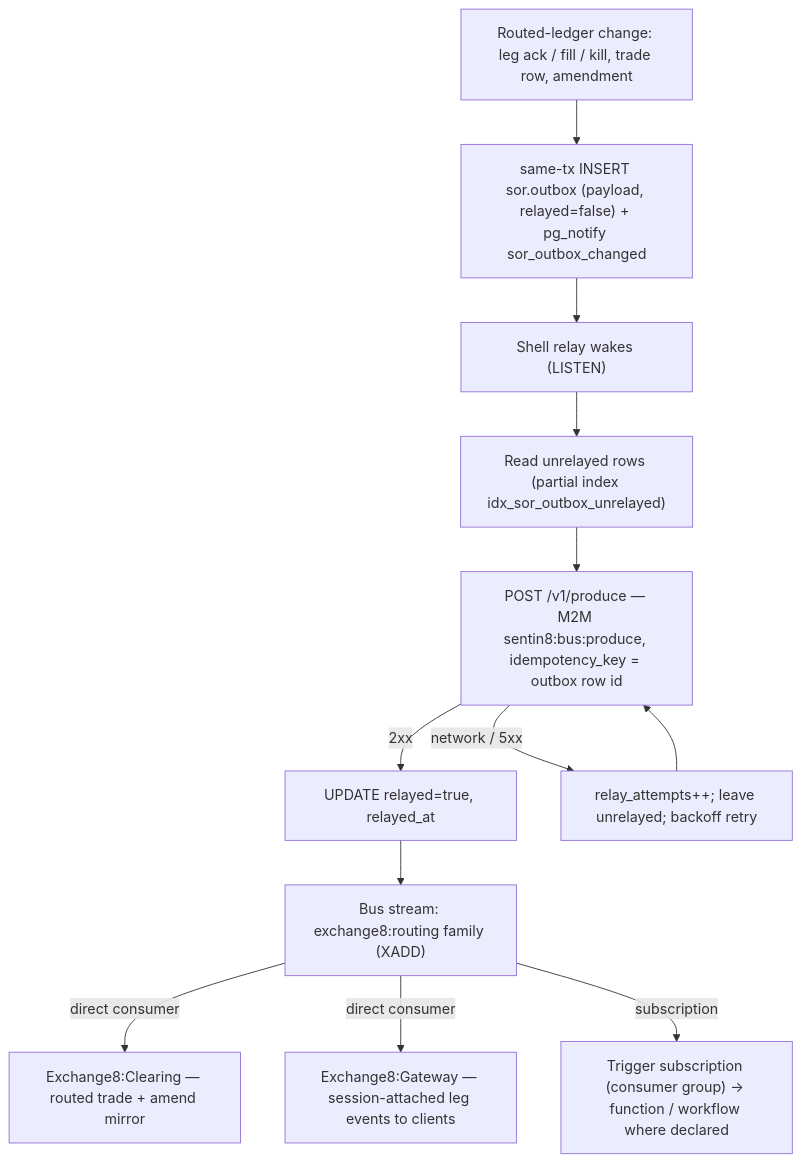
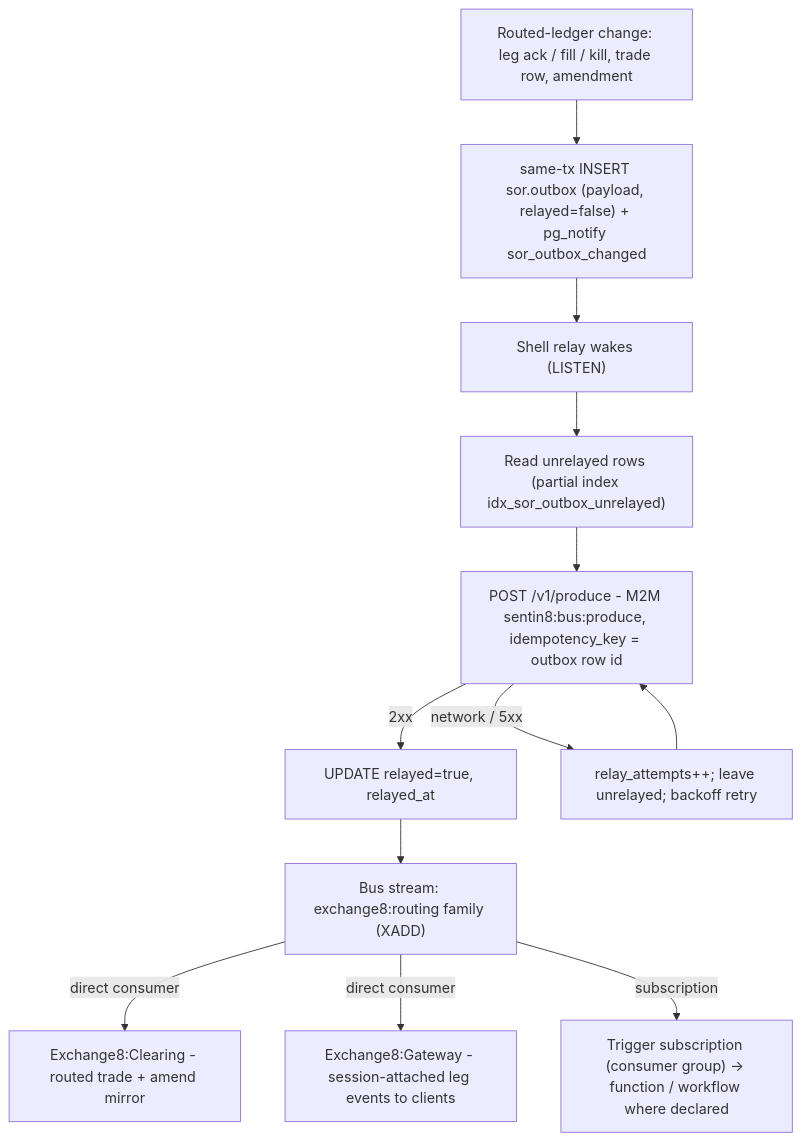
Before and after one commit to Exchange8-dev/exchange8-sor: diagram 12 of 16 in DESIGN.md, drawn with Mermaid. The commit also changed other lines of this file and 18 other files, not shown here.

````diff
--- a/DESIGN.md
+++ b/DESIGN.md
@@ -551,14 +551,14 @@
 ```mermaid
 flowchart TD
     A["Routed-ledger change: leg ack / fill / kill, trade row, amendment"] --> B["same-tx INSERT sor.outbox (payload, relayed=false) + pg_notify sor_outbox_changed"]
     B --> C["Shell relay wakes (LISTEN)"]
     C --> D["Read unrelayed rows (partial index idx_sor_outbox_unrelayed)"]
-    D --> E["POST /v1/produce — M2M sentin8:bus:produce, idempotency_key = outbox row id"]
+    D --> E["POST /v1/produce - M2M sentin8:bus:produce, idempotency_key = outbox row id"]
     E -->|2xx| F["UPDATE relayed=true, relayed_at"]
     E -->|network / 5xx| G["relay_attempts++; leave unrelayed; backoff retry"]
     G --> E
     F --> H["Bus stream: exchange8:routing family (XADD)"]
-    H -->|direct consumer| I1["Exchange8:Clearing — routed trade + amend mirror"]
-    H -->|direct consumer| I2["Exchange8:Gateway — session-attached leg events to clients"]
+    H -->|direct consumer| I1["Exchange8:Clearing - routed trade + amend mirror"]
+    H -->|direct consumer| I2["Exchange8:Gateway - session-attached leg events to clients"]
     H -->|subscription| I3["Trigger subscription (consumer group) → function / workflow where declared"]
 ```
````
